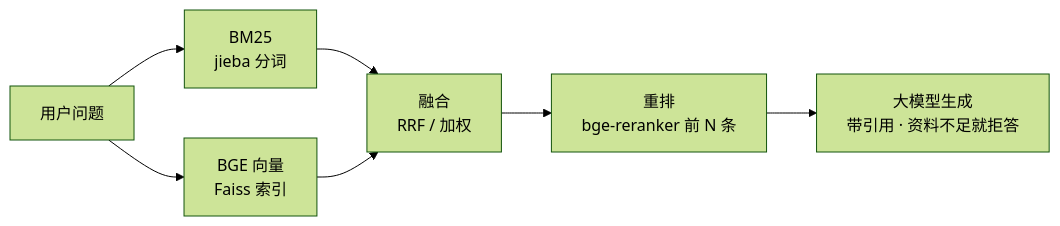
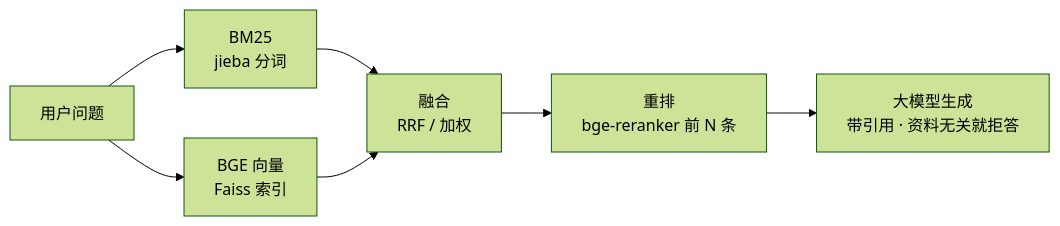
One commit to apexchallenge/-RAG- changed the first of 2 diagrams in README.md. Above: the diagram before and after it, drawn with Mermaid (forest theme). The commit also changed other lines of this file and 107 other files, not shown here.

````diff
--- a/README.md
+++ b/README.md
@@ -5,9 +9,9 @@
 ```mermaid
 flowchart LR
     Q[用户问题] --> B["BM25<br/>jieba 分词"]
     Q --> D["BGE 向量<br/>Faiss 索引"]
     B --> F["融合<br/>RRF / 加权"]
     D --> F
     F --> R["重排<br/>bge-reranker 前 N 条"]
-    R --> G["大模型生成<br/>带引用 · 资料不足就拒答"]
+    R --> G["大模型生成<br/>带引用 · 资料无关就拒答"]
 ```
````
